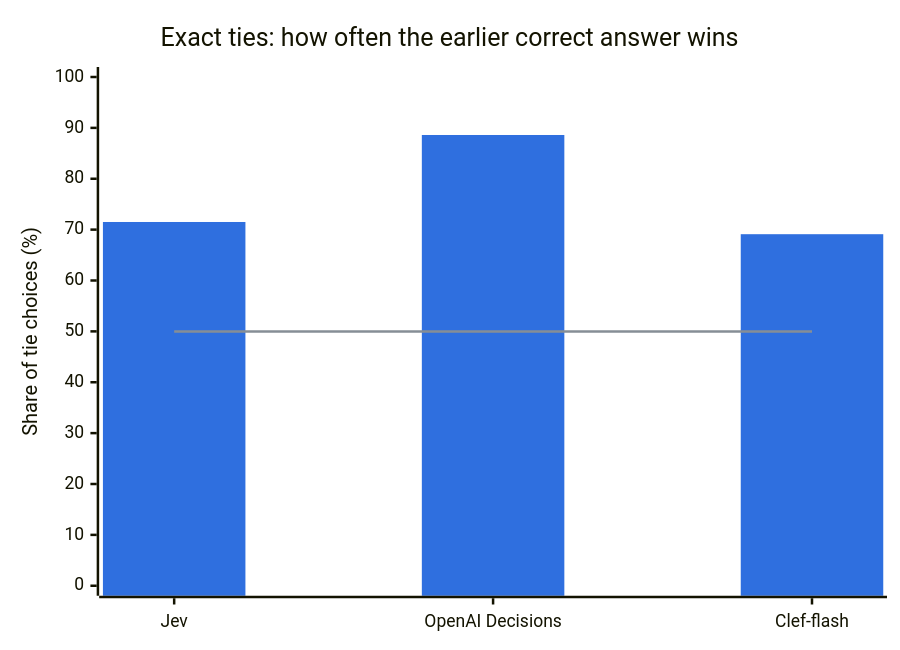
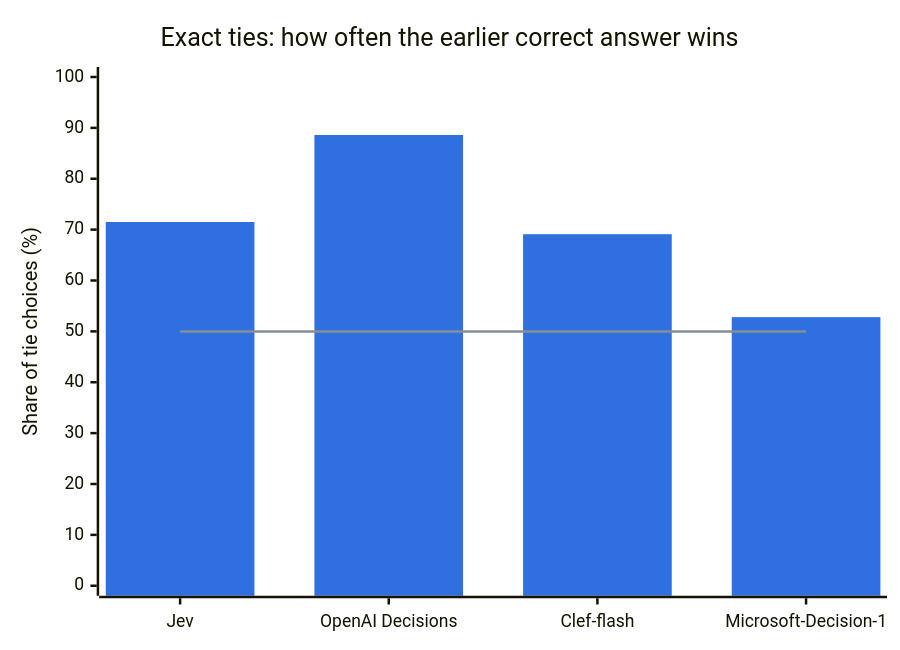
Before and after one commit to dorkitude/order-blind-decisions: the third of 3 diagrams in results/analysis.md, drawn with Mermaid. The commit also changed other lines of this file and 16 other files, not shown here.

First line of the commit message:
Add Microsoft-Decision-1 (via OpenRouter) after the freeze

````diff
--- a/results/analysis.md
+++ b/results/analysis.md
@@ -117,9 +147,9 @@
 ```mermaid
 %%{init: {"themeVariables": {"xyChart": {"plotColorPalette": "#2f6fdf, #868e96"}}}}%%
 xychart-beta
     title "Exact ties: how often the earlier correct answer wins"
-    x-axis ["Jev", "OpenAI Decisions", "Clef-flash"]
+    x-axis ["Jev", "OpenAI Decisions", "Clef-flash", "Microsoft-Decision-1"]
     y-axis "Share of tie choices (%)" 0 --> 100
-    bar [71.5, 88.6, 69.1]
-    line [50, 50, 50]
+    bar [71.5, 88.6, 69.1, 52.8]
+    line [50, 50, 50, 50]
 ```
````
